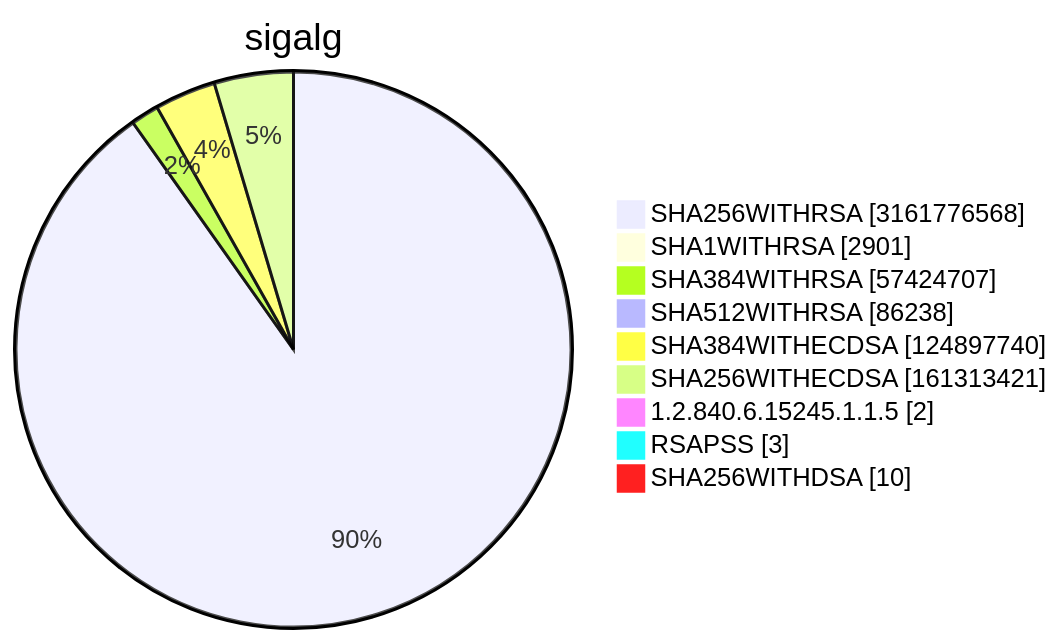
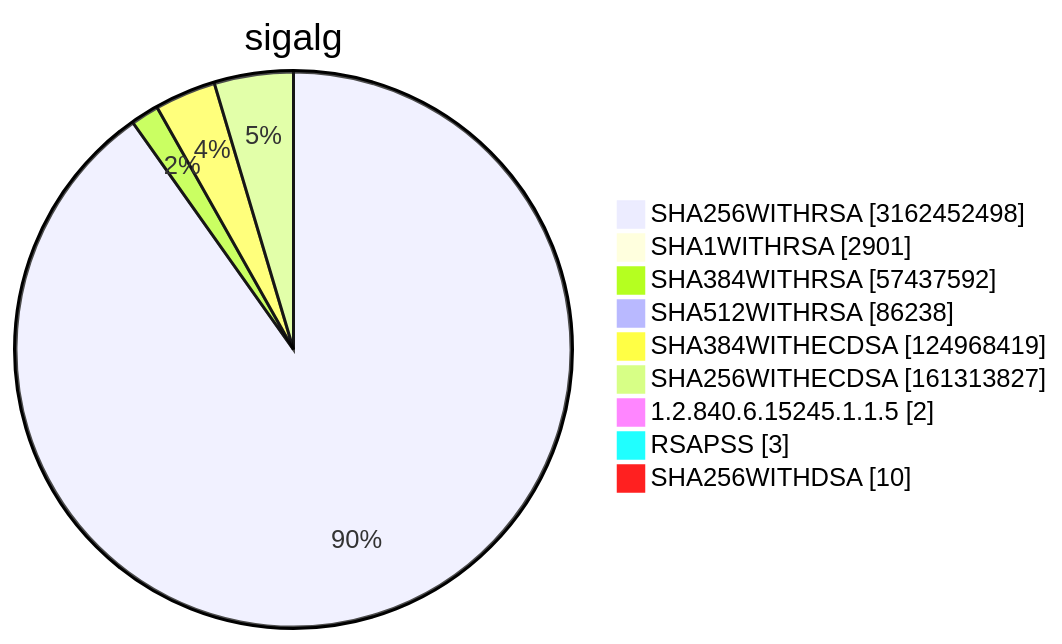
Before and after one commit to christiankrug/ctmonitor_visualization: diagram 15 of 15 in TOTAL/README.md, drawn with Mermaid. The commit also changed other lines of this file, not shown here.

````diff
--- a/TOTAL/README.md
+++ b/TOTAL/README.md
@@ -6215,13 +6215,13 @@
 ```mermaid
 pie showData
 title sigalg
-"SHA256WITHRSA" :3161776568
+"SHA256WITHRSA" :3162452498
 "SHA1WITHRSA" :2901
-"SHA384WITHRSA" :57424707
+"SHA384WITHRSA" :57437592
 "SHA512WITHRSA" :86238
-"SHA384WITHECDSA" :124897740
-"SHA256WITHECDSA" :161313421
+"SHA384WITHECDSA" :124968419
+"SHA256WITHECDSA" :161313827
 "1.2.840.6.15245.1.1.5" :2
 "RSAPSS" :3
 "SHA256WITHDSA" :10
 ```
````
